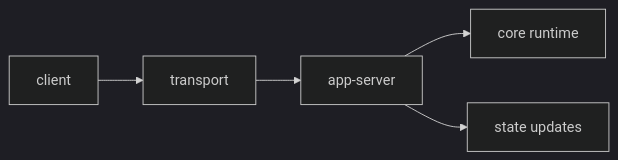
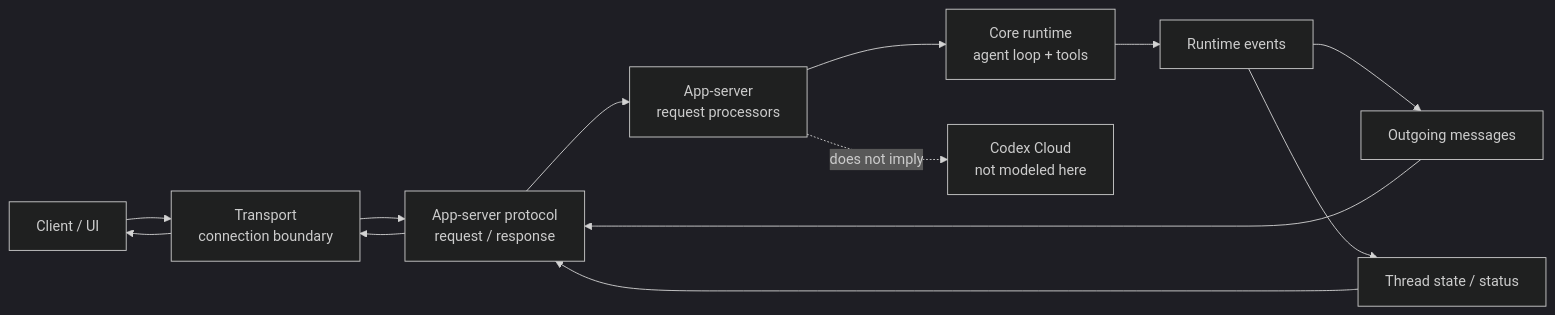
The diagram in chapters/s09_app_server_transport/diagram.mmd (shihao-zhang/learn-codex), drawn with Mermaid (dark theme) before and after one commit. The commit also changed 43 other files, not shown here.

```diff
--- a/chapters/s09_app_server_transport/diagram.mmd
+++ b/chapters/s09_app_server_transport/diagram.mmd
@@ -1,5 +1,14 @@
 flowchart LR
-    A["client"] --> B["transport"]
-    B --> C["app-server"]
-    C --> D["core runtime"]
-    C --> E["state updates"]
+    C["Client / UI"] --> T["Transport<br/>connection boundary"]
+    T --> P["App-server protocol<br/>request / response"]
+    P --> S["App-server<br/>request processors"]
+    S --> R["Core runtime<br/>agent loop + tools"]
+    R --> E["Runtime events"]
+    E --> O["Outgoing messages"]
+    E --> ST["Thread state / status"]
+    O --> P
+    ST --> P
+    P --> T
+    T --> C
+
+    S -. "does not imply" .-> X["Codex Cloud<br/>not modeled here"]
```
